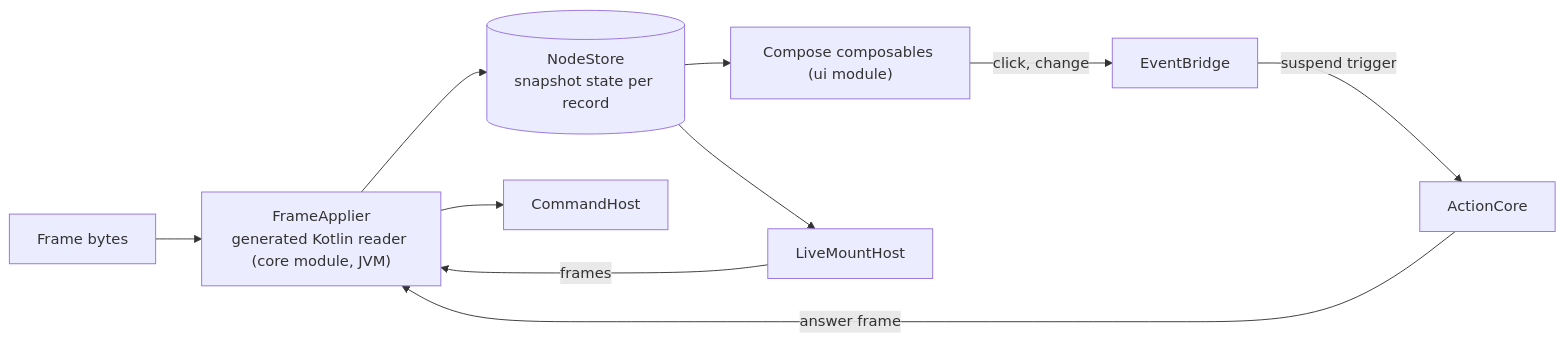
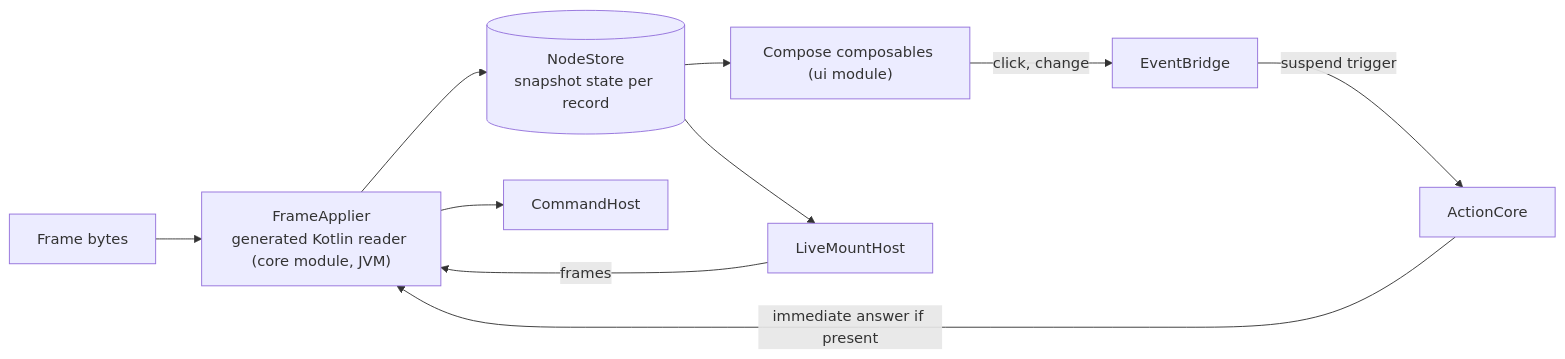
One commit to ewe-studios/ewe_platform changed the diagram in specifications/69-foundation-ui-v2/features/15-native-android-renderer/feature.md. Above: the diagram before and after it, drawn with Mermaid. The commit also changed other lines of this file and 12 other files, not shown here.

````diff
--- a/specifications/69-foundation-ui-v2/features/15-native-android-renderer/feature.md
+++ b/specifications/69-foundation-ui-v2/features/15-native-android-renderer/feature.md
@@ -267,11 +274,11 @@
 ```mermaid
 flowchart LR
     F["Frame bytes"] --> A["FrameApplier<br/>generated Kotlin reader (core module, JVM)"]
     A --> S[("NodeStore<br/>snapshot state per record")]
     S --> V["Compose composables (ui module)"]
     V -->|"click, change"| E["EventBridge"]
     E -->|"suspend trigger"| C["ActionCore"]
-    C -->|"answer frame"| A
+    C -->|"immediate answer if present"| A
     S --> L["LiveMountHost"] -->|"frames"| A
     A --> K["CommandHost"]
 ```
````
